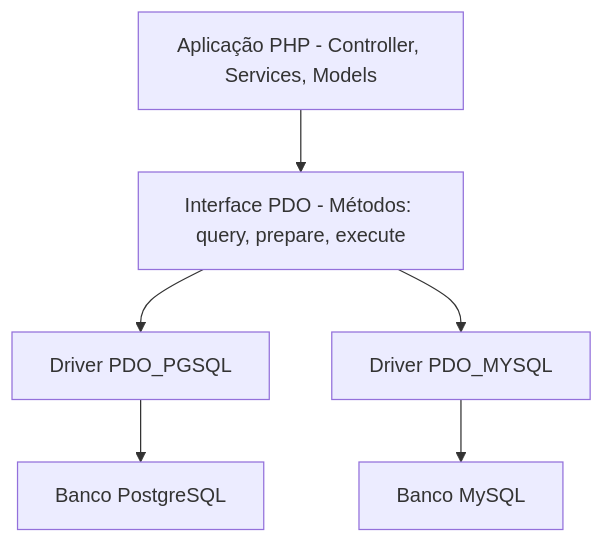
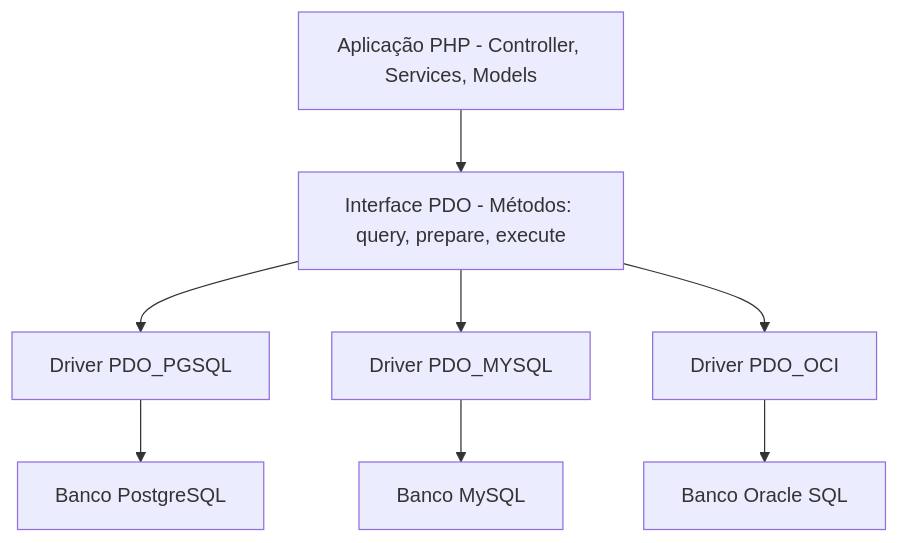
Diagram 11 of 28 in README.md (EduardoPaulino10/PHPVanilla), drawn with Mermaid before and after one commit. The commit also changed other lines of this file and 49 other files, not shown here.

````diff
--- a/README.md
+++ b/README.md
@@ -1140,16 +1146,22 @@
 ```mermaid
 flowchart TB
     aplicacao[Aplicação PHP - Controller, Services, Models]
     pdo[Interface PDO - Métodos: query, prepare, execute]
+
     driver[Driver PDO_PGSQL]
     drivermysql[Driver PDO_MYSQL]
+    driveroracle[Driver PDO_OCI]
+
     postgres[Banco PostgreSQL]
     mysql[Banco MySQL]
+    oracle[Banco Oracle SQL]
     
 
     aplicacao --> pdo
     pdo --> driver
     pdo --> drivermysql
+    pdo --> driveroracle
     driver --> postgres
     drivermysql --> mysql
+    driveroracle --> oracle
 ```
````
